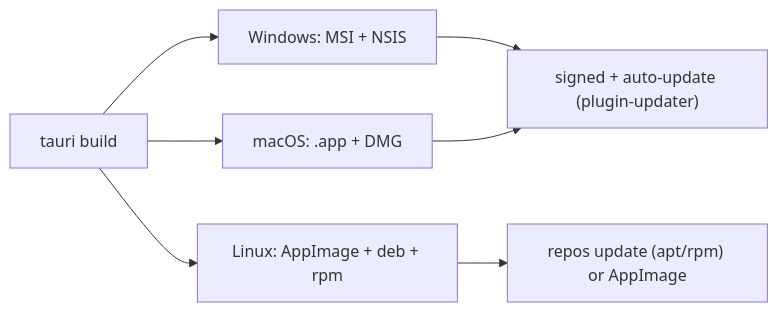
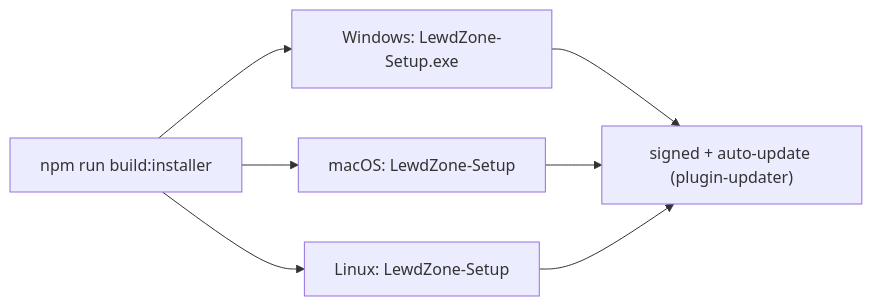
The third of 3 diagrams in .agents/agents/gui/gui.md (HELIX-Origin/LewdZone-Launcher), drawn with Mermaid before and after one commit. The commit also changed other lines of this file and 35 other files, not shown here.

````diff
--- a/.agents/agents/gui/gui.md
+++ b/.agents/agents/gui/gui.md
@@ -128,9 +128,9 @@
 ```mermaid
 flowchart LR
-    B["tauri build"] --> W["Windows: MSI + NSIS"]
-    B --> M["macOS: .app + DMG"]
-    B --> L["Linux: AppImage + deb + rpm"]
+    B["npm run build:installer"] --> W["Windows: LewdZone-Setup.exe"]
+    B --> M["macOS: LewdZone-Setup"]
+    B --> L["Linux: LewdZone-Setup"]
     W --> CU["signed + auto-update (plugin-updater)"]
     M --> CU
-    L --> UP["repos update (apt/rpm) or AppImage"]
+    L --> CU
 ```
````
